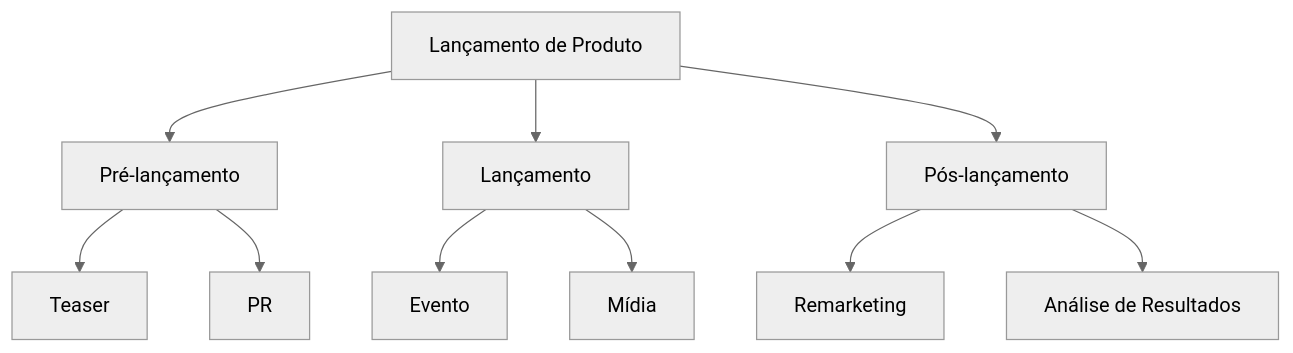
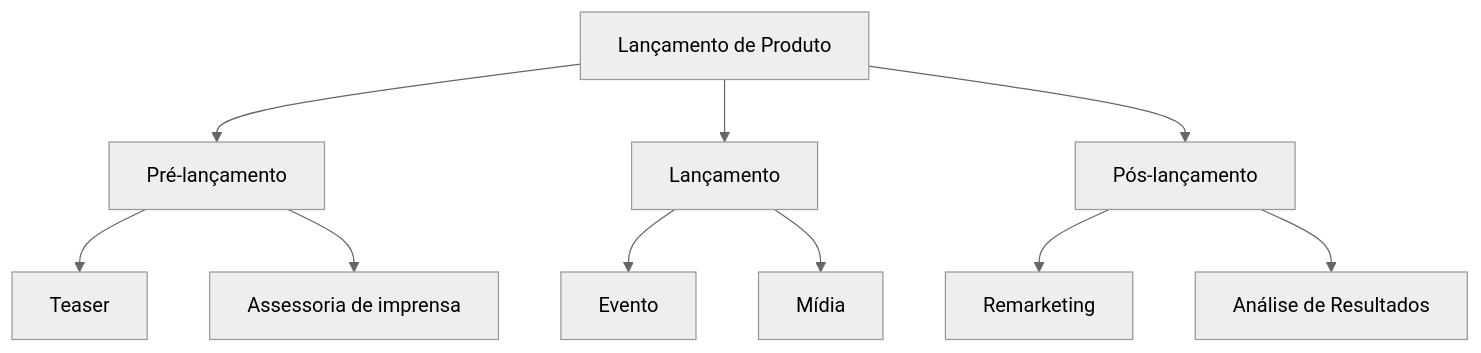
Before and after one commit to olie-ai/docs: the sixth of 6 diagrams in guides/projects/project-hierarchy.mdx, drawn with Mermaid (neutral theme). The commit also changed other lines of this file and 98 other files, not shown here.

````diff
--- a/guides/projects/project-hierarchy.mdx
+++ b/guides/projects/project-hierarchy.mdx
@@ -275,12 +177,12 @@
   ```mermaid
   flowchart TD
       A[Lançamento de Produto] --> B[Pré-lançamento]
       A --> C[Lançamento]
       A --> D[Pós-lançamento]
       B --> B1[Teaser]
-      B --> B2[PR]
+      B --> B2[Assessoria de imprensa]
       C --> C1[Evento]
       C --> C2[Mídia]
       D --> D1[Remarketing]
       D --> D2[Análise de Resultados]
   ```
````
